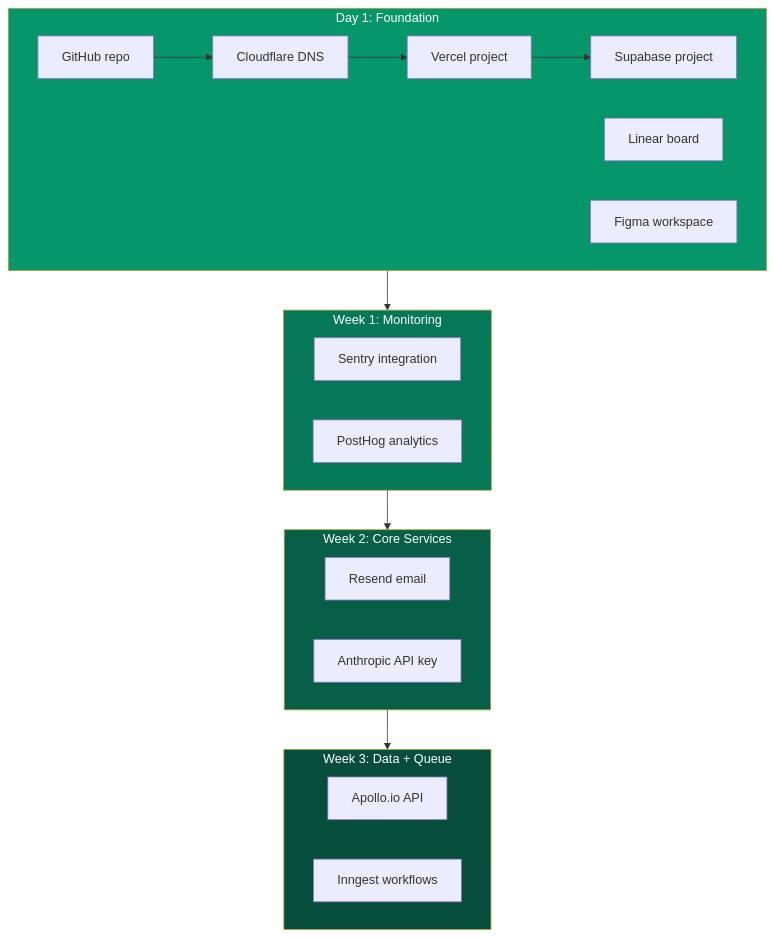
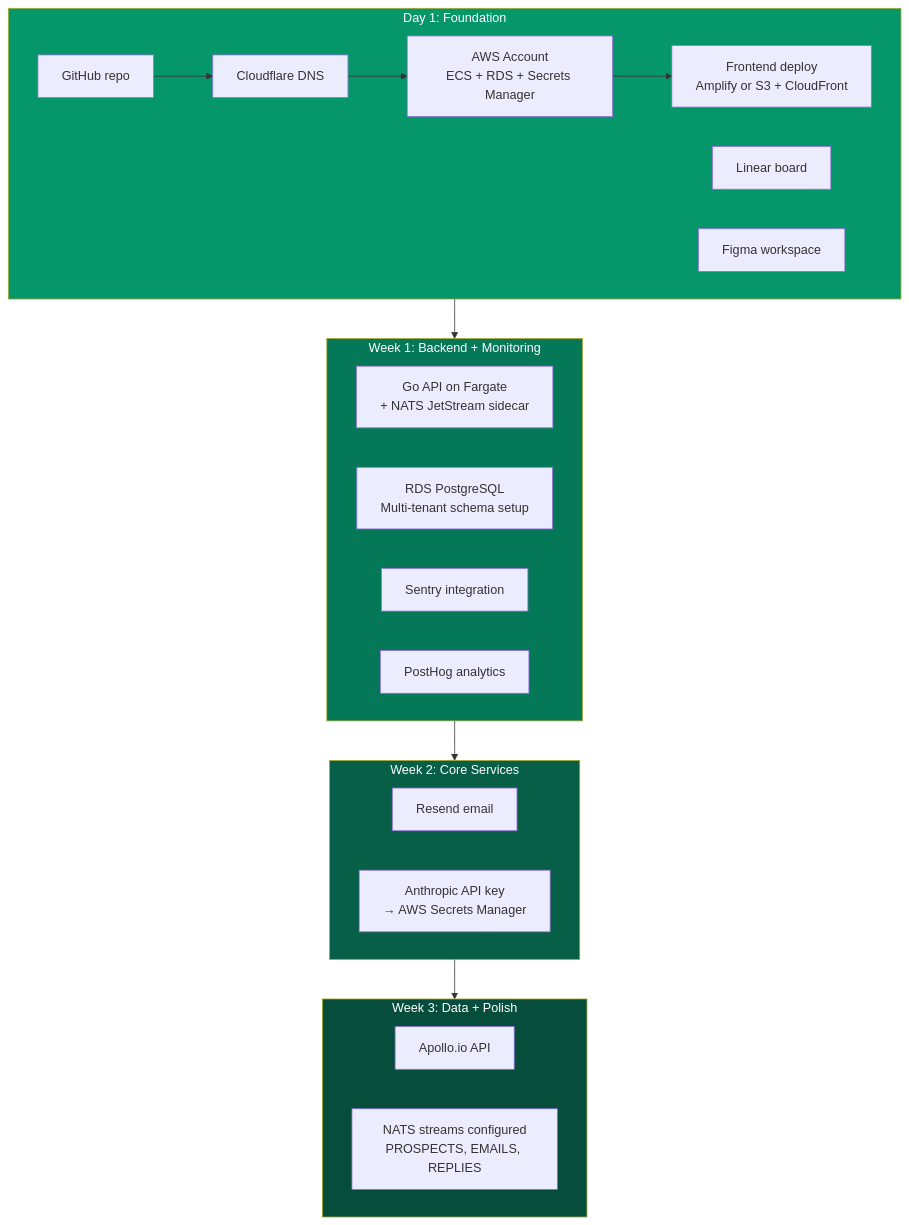
Before and after one commit to javajack/spear-gtm: the diagram in src/content/docs/execution/day-one-setup.mdx, drawn with Mermaid. The commit also changed other lines of this file and 30 other files, not shown here.

First line of the commit message:
v0.1.0: Make docs conversational and revise tech stack to AWS/Go/NATS

````diff
--- a/src/content/docs/execution/day-one-setup.mdx
+++ b/src/content/docs/execution/day-one-setup.mdx
@@ -28,34 +28,36 @@
 ```mermaid
 graph TD
     subgraph Day1["Day 1: Foundation"]
         GH[GitHub repo] --> CF[Cloudflare DNS]
-        CF --> Vercel[Vercel project]
-        Vercel --> Supa[Supabase project]
+        CF --> AWS[AWS Account<br/>ECS + RDS + Secrets Manager]
+        AWS --> FE[Frontend deploy<br/>Amplify or S3 + CloudFront]
         Linear[Linear board]
         Figma[Figma workspace]
     end
 
-    subgraph Week1["Week 1: Monitoring"]
+    subgraph Week1["Week 1: Backend + Monitoring"]
+        GO[Go API on Fargate<br/>+ NATS JetStream sidecar]
+        RDS[RDS PostgreSQL<br/>Multi-tenant schema setup]
         Sentry[Sentry integration]
         PH[PostHog analytics]
     end
 
     subgraph Week2["Week 2: Core Services"]
         Resend[Resend email]
-        Claude[Anthropic API key]
+        Claude[Anthropic API key<br/>→ AWS Secrets Manager]
     end
 
-    subgraph Week3["Week 3: Data + Queue"]
+    subgraph Week3["Week 3: Data + Polish"]
         Apollo[Apollo.io API]
-        Inngest[Inngest workflows]
+        Queue[NATS streams configured<br/>PROSPECTS, EMAILS, REPLIES]
     end
 
     Day1 --> Week1
     Week1 --> Week2
     Week2 --> Week3
 
     style Day1 fill:#059669,color:#fff
     style Week1 fill:#047857,color:#fff
     style Week2 fill:#065f46,color:#fff
     style Week3 fill:#064e3b,color:#fff
 ```
````
